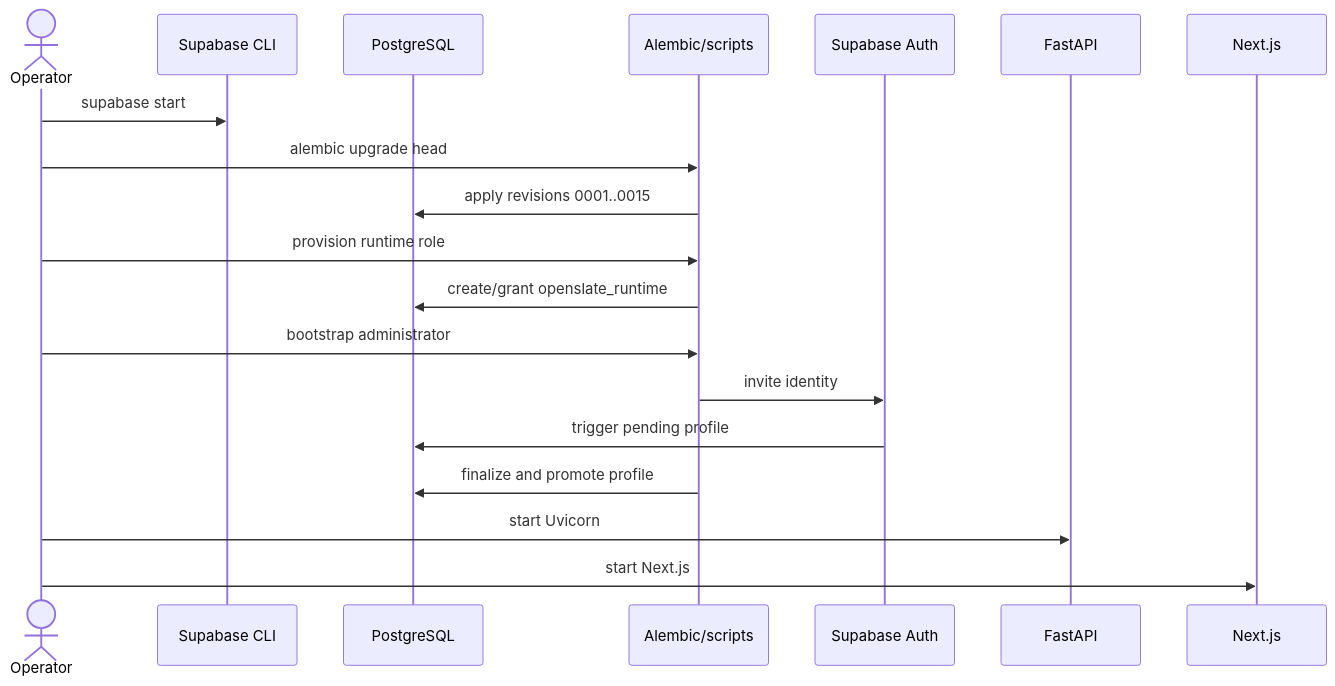
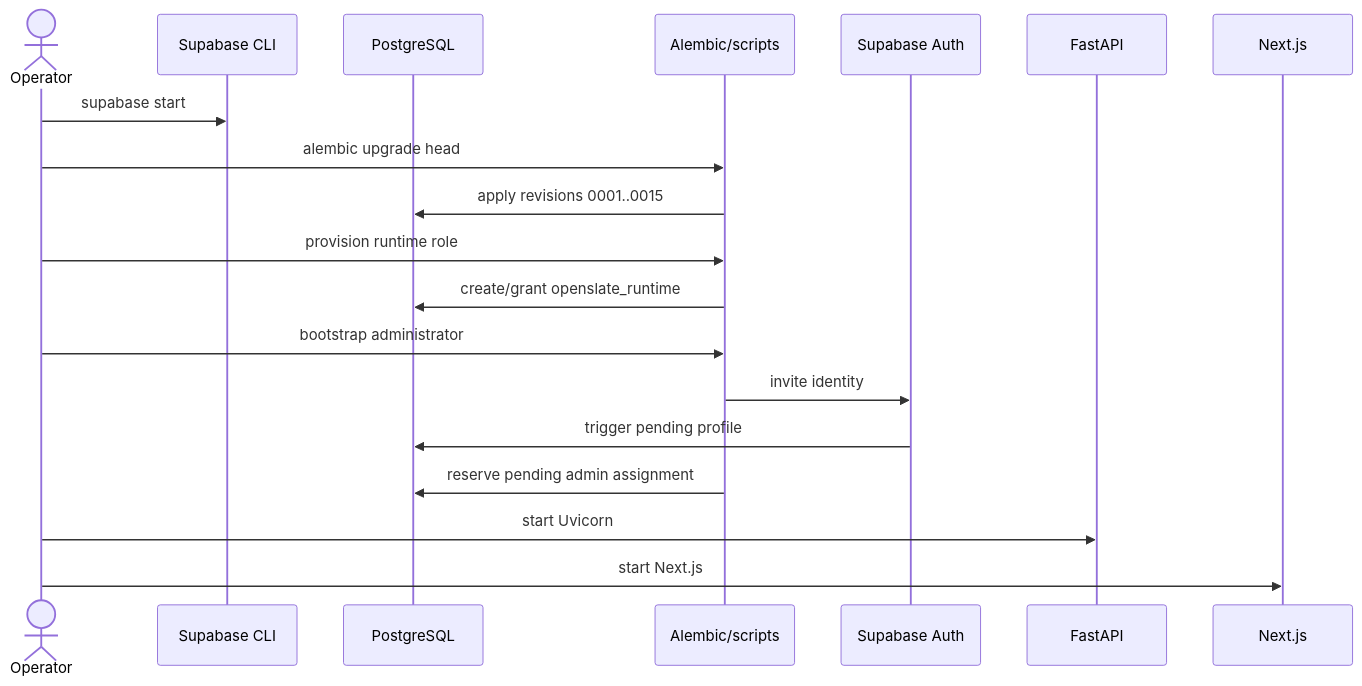
Before and after one commit to jayeuse/openslate: the first of 4 diagrams in docs/architecture/13-runtime-flows.md, drawn with Mermaid. The commit also changed other lines of this file and 53 other files, not shown here.

````diff
--- a/docs/architecture/13-runtime-flows.md
+++ b/docs/architecture/13-runtime-flows.md
@@ -9,21 +9,21 @@
 ```mermaid
 sequenceDiagram
     actor Operator
     participant CLI as Supabase CLI
     participant DB as PostgreSQL
     participant Mig as Alembic/scripts
     participant Auth as Supabase Auth
     participant API as FastAPI
     participant Web as Next.js
     Operator->>CLI: supabase start
     Operator->>Mig: alembic upgrade head
     Mig->>DB: apply revisions 0001..0015
     Operator->>Mig: provision runtime role
     Mig->>DB: create/grant openslate_runtime
     Operator->>Mig: bootstrap administrator
     Mig->>Auth: invite identity
     Auth->>DB: trigger pending profile
-    Mig->>DB: finalize and promote profile
+    Mig->>DB: reserve pending admin assignment
     Operator->>API: start Uvicorn
     Operator->>Web: start Next.js
 ```
````
